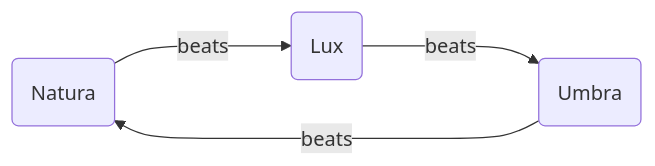
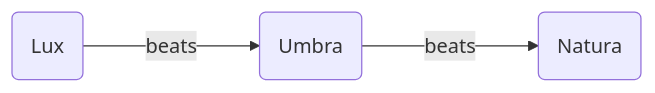
Before and after one commit to DonColon/vigilans-nexum-wiki: the second of 2 diagrams in design/catalog/Magic-Tomes.md, drawn with Mermaid. The commit also changed other lines of this file and 13 other files, not shown here.

````diff
--- a/design/catalog/Magic-Tomes.md
+++ b/design/catalog/Magic-Tomes.md
@@ -98,10 +119,9 @@
 ```mermaid
 flowchart LR
     natura(Natura)
     lux(Lux)
     umbra(Umbra)
 
-    natura--beats--->lux
     lux--beats--->umbra
     umbra--beats--->natura
 ```
````
